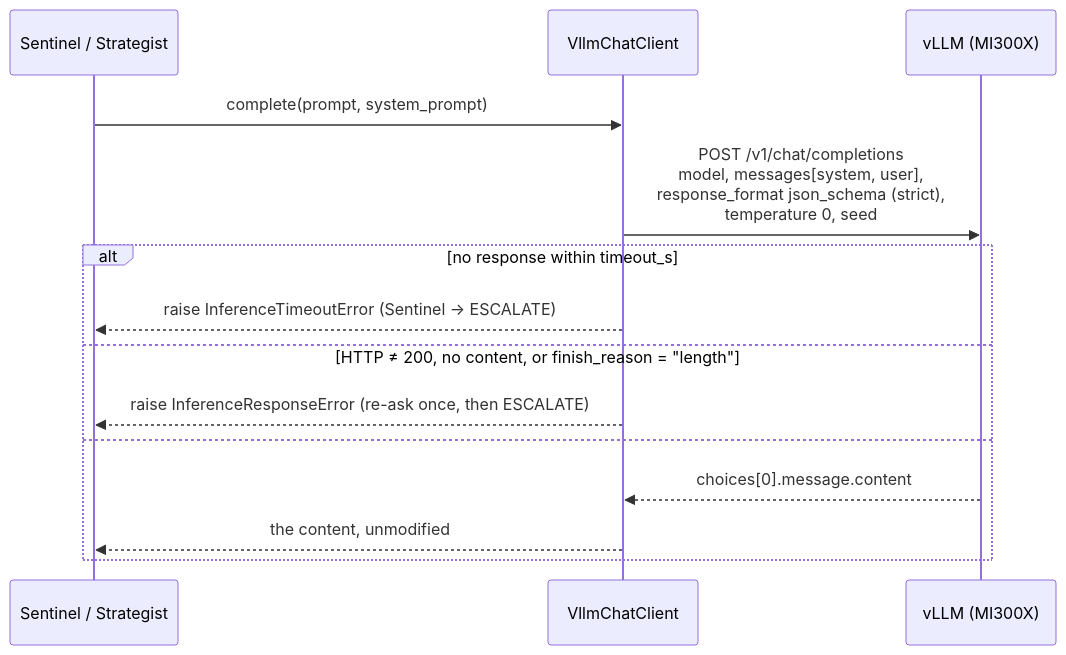
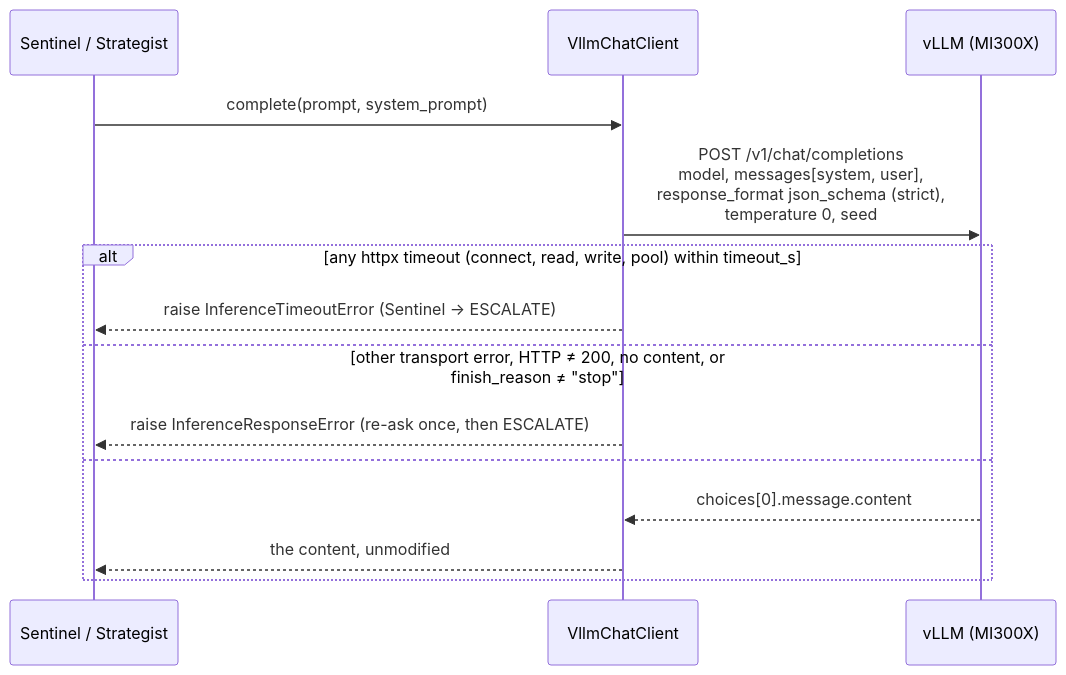
Before and after one commit to Katlego-tech/UbuntuRemit: the second of 2 diagrams in docs/design/inference.md, drawn with Mermaid. The commit also changed other lines of this file and 1 other file, not shown here.

````diff
--- a/docs/design/inference.md
+++ b/docs/design/inference.md
@@ -62,16 +71,16 @@
 ```mermaid
 sequenceDiagram
     participant A as Sentinel / Strategist
     participant C as VllmChatClient
     participant V as vLLM (MI300X)
     A->>C: complete(prompt, system_prompt)
     C->>V: POST /v1/chat/completions<br/>model, messages[system, user],<br/>response_format json_schema (strict),<br/>temperature 0, seed
-    alt no response within timeout_s
+    alt any httpx timeout (connect, read, write, pool) within timeout_s
         C-->>A: raise InferenceTimeoutError  (Sentinel → ESCALATE)
-    else HTTP ≠ 200, no content, or finish_reason = "length"
+    else other transport error, HTTP ≠ 200, no content, or finish_reason ≠ "stop"
         C-->>A: raise InferenceResponseError  (re-ask once, then ESCALATE)
     else
         V-->>C: choices[0].message.content
         C-->>A: the content, unmodified
     end
 ```
````
